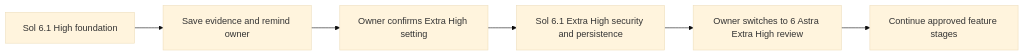
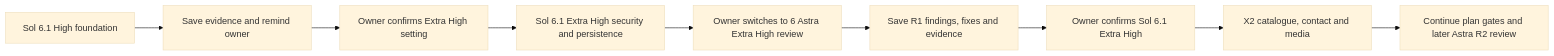
The seventh of 7 diagrams in docs/ILLUSTRATIONS.md (Courtlyambuiguity34/londos), drawn with Mermaid (base theme) before and after one commit. The commit also changed other lines of this file and 21 other files, not shown here.

````diff
--- a/docs/ILLUSTRATIONS.md
+++ b/docs/ILLUSTRATIONS.md
@@ -112,8 +133,11 @@
 ```mermaid
 flowchart LR
   H[Sol 6.1 High foundation] --> Reminder[Save evidence and remind owner]
   Reminder --> Confirm[Owner confirms Extra High setting]
   Confirm --> X1[Sol 6.1 Extra High security and persistence]
   X1 --> Astra[Owner switches to 6 Astra Extra High review]
-  Astra --> Next[Continue approved feature stages]
+  Astra --> R1[Save R1 findings, fixes and evidence]
+  R1 --> Switch[Owner confirms Sol 6.1 Extra High]
+  Switch --> X2[X2 catalogue, contact and media]
+  X2 --> Next[Continue plan gates and later Astra R2 review]
 ```
````
